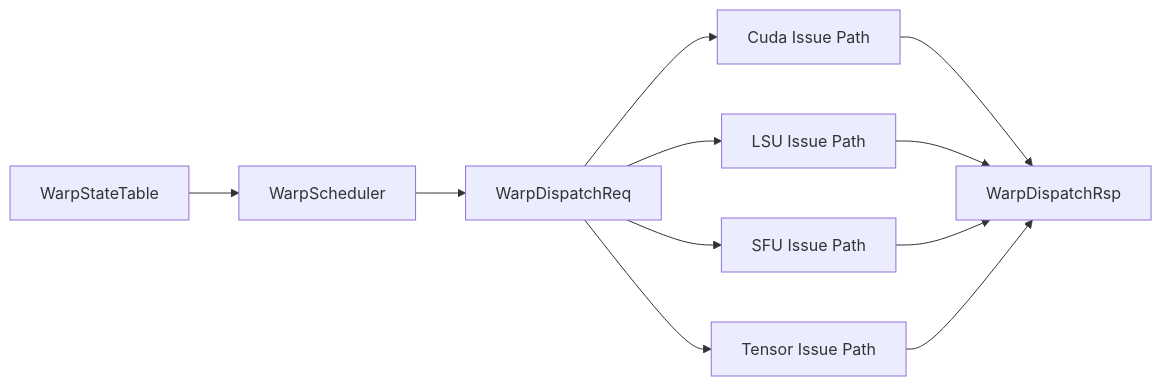
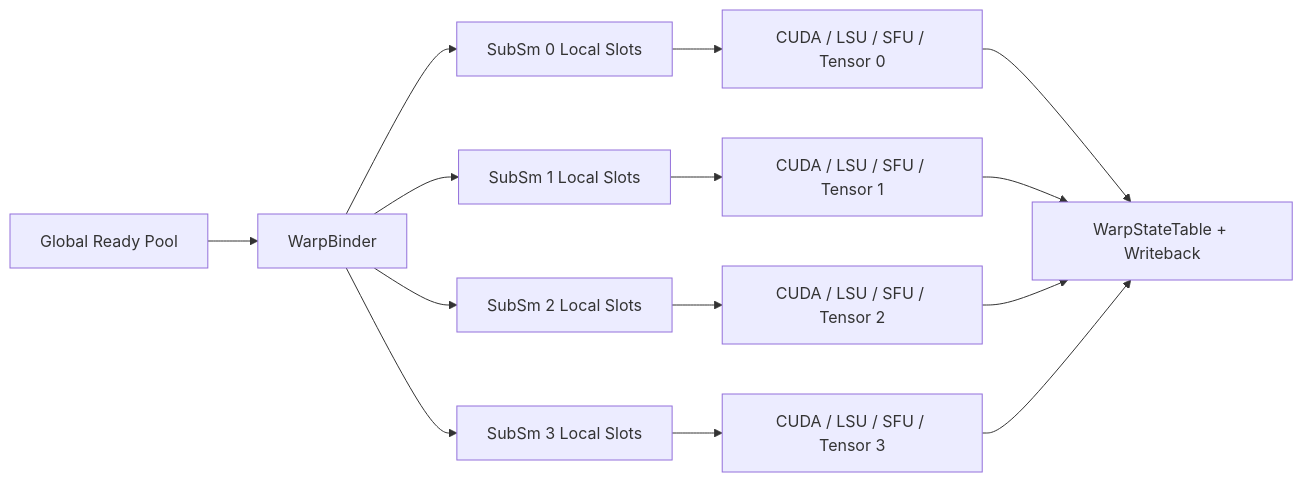
Before and after one commit to lastweek/SpinalGPU: the diagram in docs/diagrams/dispatch-dataflow.mmd, drawn with Mermaid. The commit also changed 32 other files, not shown here.

```diff
--- a/docs/diagrams/dispatch-dataflow.mmd
+++ b/docs/diagrams/dispatch-dataflow.mmd
@@ -1,20 +1,18 @@
 flowchart LR
-  WST[WarpStateTable]
-  SCH[WarpScheduler]
-  DISP[WarpDispatchReq]
-  CUDA[Cuda Issue Path]
-  LSU[LSU Issue Path]
-  SFU[SFU Issue Path]
-  TENSOR[Tensor Issue Path]
-  RSP[WarpDispatchRsp]
+  READY[Global Ready Pool]
+  BINDER[WarpBinder]
+  SLOT0[SubSm 0 Local Slots]
+  SLOT1[SubSm 1 Local Slots]
+  SLOT2[SubSm 2 Local Slots]
+  SLOT3[SubSm 3 Local Slots]
+  EXEC0[CUDA / LSU / SFU / Tensor 0]
+  EXEC1[CUDA / LSU / SFU / Tensor 1]
+  EXEC2[CUDA / LSU / SFU / Tensor 2]
+  EXEC3[CUDA / LSU / SFU / Tensor 3]
+  WB[WarpStateTable + Writeback]
 
-  WST --> SCH
-  SCH --> DISP
-  DISP --> CUDA
-  DISP --> LSU
-  DISP --> SFU
-  DISP --> TENSOR
-  CUDA --> RSP
-  LSU --> RSP
-  SFU --> RSP
-  TENSOR --> RSP
+  READY --> BINDER
+  BINDER --> SLOT0 --> EXEC0 --> WB
+  BINDER --> SLOT1 --> EXEC1 --> WB
+  BINDER --> SLOT2 --> EXEC2 --> WB
+  BINDER --> SLOT3 --> EXEC3 --> WB
```
